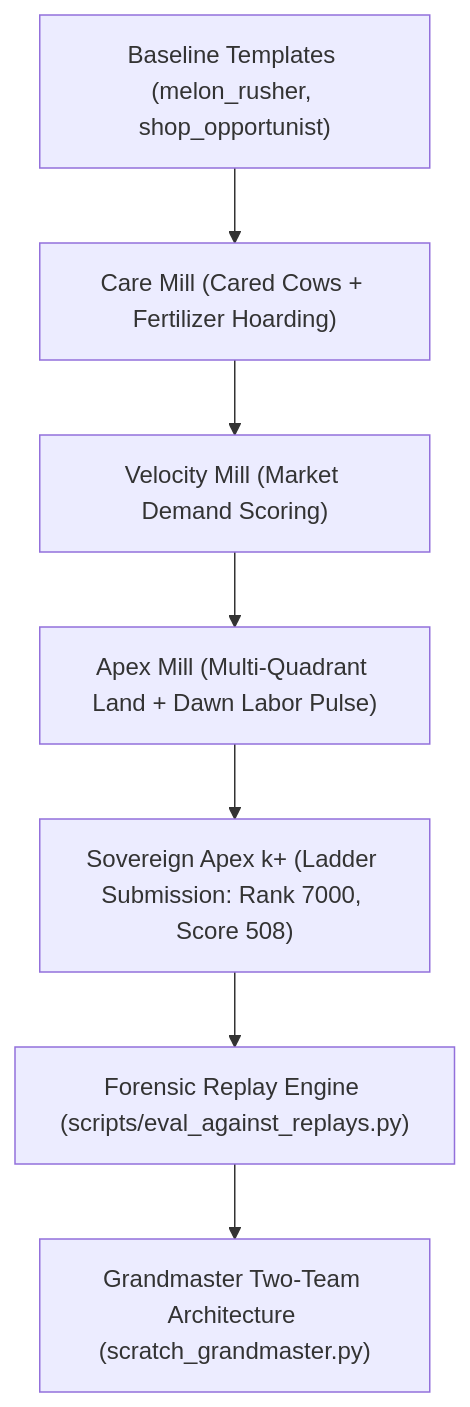
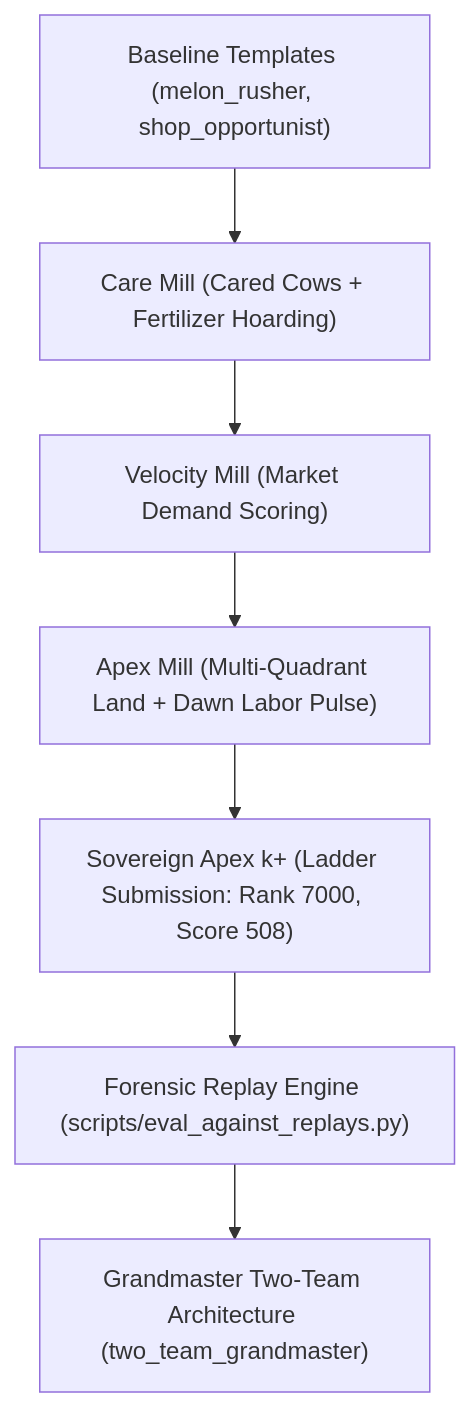
One commit to pranav-bot/kaggriculture changed the diagram in research/22_Competition_State_and_Deep_Research_Context.md. Above: the diagram before and after it, drawn with Mermaid. The commit also changed 19 other files, not shown here.

````diff
--- a/research/22_Competition_State_and_Deep_Research_Context.md
+++ b/research/22_Competition_State_and_Deep_Research_Context.md
@@ -215,9 +215,9 @@
 ```mermaid
 graph TD
     A["Baseline Templates (melon_rusher, shop_opportunist)"] --> B["Care Mill (Cared Cows + Fertilizer Hoarding)"]
     B --> C["Velocity Mill (Market Demand Scoring)"]
     C --> D["Apex Mill (Multi-Quadrant Land + Dawn Labor Pulse)"]
     D --> E["Sovereign Apex k+ (Ladder Submission: Rank 7000, Score 508)"]
     E --> F["Forensic Replay Engine (scripts/eval_against_replays.py)"]
-    F --> G["Grandmaster Two-Team Architecture (scratch_grandmaster.py)"]
+    F --> G["Grandmaster Two-Team Architecture (two_team_grandmaster)"]
 ```
````
